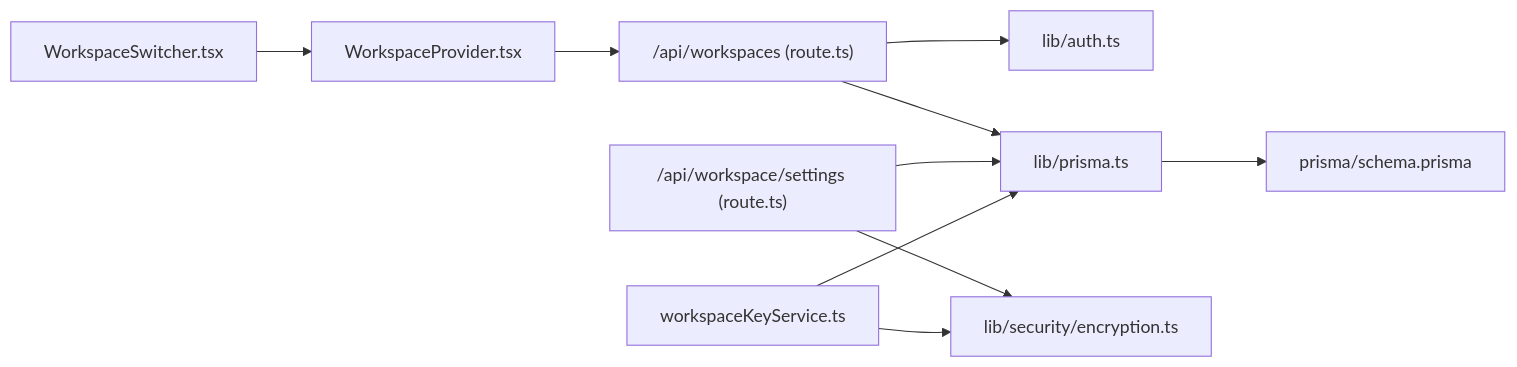
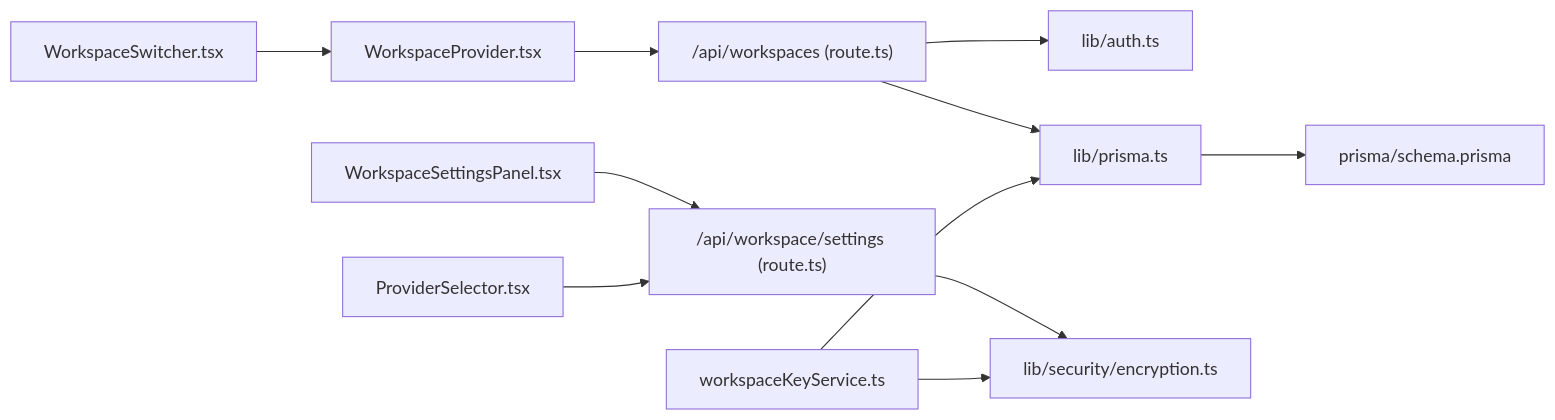
The tenth of 10 diagrams in .qoder/repowiki/en/content/Workspace & Multi-Tenancy/Workspace Management.md (shekhargiri005-dotcom/AI-powered-accessibility-first-UI-engine), drawn with Mermaid before and after one commit. The commit also changed other lines of this file and 7 other files, not shown here.

````diff
--- a/.qoder/repowiki/en/content/Workspace & Multi-Tenancy/Workspace Management.md
+++ b/.qoder/repowiki/en/content/Workspace & Multi-Tenancy/Workspace Management.md
@@ -362,12 +456,13 @@
 ```mermaid
 graph LR
 WSProvider["WorkspaceProvider.tsx"] --> WorkspacesAPI["/api/workspaces (route.ts)"]
 WSSwitcher["WorkspaceSwitcher.tsx"] --> WSProvider
+WSSettings["WorkspaceSettingsPanel.tsx"] --> SettingsAPI["/api/workspace/settings (route.ts)"]
+ProviderSelector["ProviderSelector.tsx"] --> SettingsAPI
 WorkspacesAPI --> Auth["lib/auth.ts"]
 WorkspacesAPI --> Prisma["lib/prisma.ts"]
-SettingsAPI["/api/workspace/settings (route.ts)"] --> Prisma
 SettingsAPI --> Encryption["lib/security/encryption.ts"]
 KeyService["workspaceKeyService.ts"] --> Prisma
 KeyService --> Encryption
 Prisma --> Schema["prisma/schema.prisma"]
 ```
````
